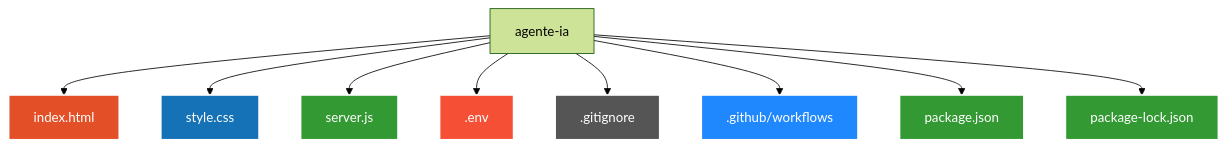
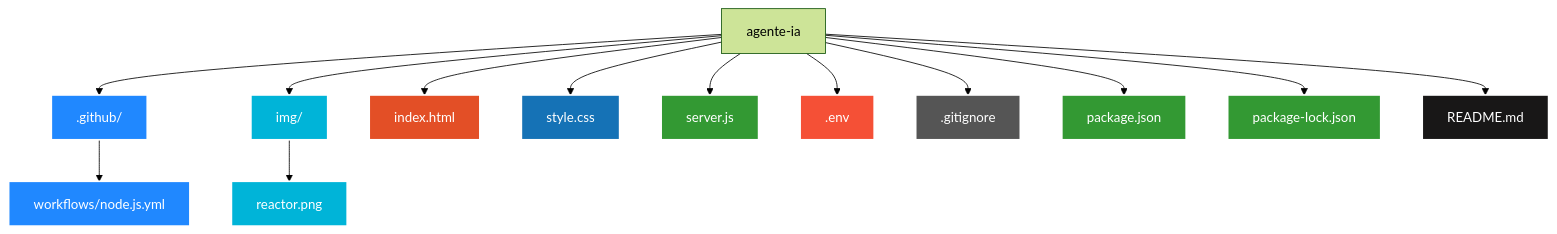
The diagram in README.md (AliceSilva2012/agente-ia), drawn with Mermaid (forest theme) before and after one commit. The commit also changed other lines of this file, not shown here.

Commit message:
Revise README for clarity and feature updates
Updated README with new features and improved descriptions.

````diff
--- a/README.md
+++ b/README.md
@@ -99,20 +99,28 @@
 ```mermaid
 graph TD
-    A[agente-ia] --> B[index.html]
-    A --> C[style.css]
-    A --> D[server.js]
-    A --> E[.env]
-    A --> F[.gitignore]
-    A --> G[.github/workflows]
-    A --> H[package.json]
-    A --> I[package-lock.json]
+    A[agente-ia] --> B[.github/]
+    B --> B1[workflows/node.js.yml]
+    A --> C[img/]
+    C --> C1[reactor.png]
+    A --> D[index.html]
+    A --> E[style.css]
+    A --> F[server.js]
+    A --> G[.env]
+    A --> H[.gitignore]
+    A --> I[package.json]
+    A --> J[package-lock.json]
+    A --> K[README.md]
 
-    style B fill:#e34f26,stroke:#fff,stroke-width:2px,color:#fff
-    style C fill:#1572b6,stroke:#fff,stroke-width:2px,color:#fff
-    style D fill:#339933,stroke:#fff,stroke-width:2px,color:#fff
-    style E fill:#f55036,stroke:#fff,stroke-width:2px,color:#fff
-    style F fill:#555,stroke:#fff,stroke-width:2px,color:#fff
-    style G fill:#2088ff,stroke:#fff,stroke-width:2px,color:#fff
-    style H fill:#339933,stroke:#fff,stroke-width:2px,color:#fff
+    style B fill:#2088ff,stroke:#fff,stroke-width:2px,color:#fff
+    style B1 fill:#2088ff,stroke:#fff,stroke-width:2px,color:#fff
+    style C fill:#00b4d8,stroke:#fff,stroke-width:2px,color:#fff
+    style C1 fill:#00b4d8,stroke:#fff,stroke-width:2px,color:#fff
+    style D fill:#e34f26,stroke:#fff,stroke-width:2px,color:#fff
+    style E fill:#1572b6,stroke:#fff,stroke-width:2px,color:#fff
+    style F fill:#339933,stroke:#fff,stroke-width:2px,color:#fff
+    style G fill:#f55036,stroke:#fff,stroke-width:2px,color:#fff
+    style H fill:#555,stroke:#fff,stroke-width:2px,color:#fff
     style I fill:#339933,stroke:#fff,stroke-width:2px,color:#fff
+    style J fill:#339933,stroke:#fff,stroke-width:2px,color:#fff
+    style K fill:#181717,stroke:#fff,stroke-width:2px,color:#fff
 ```
````
